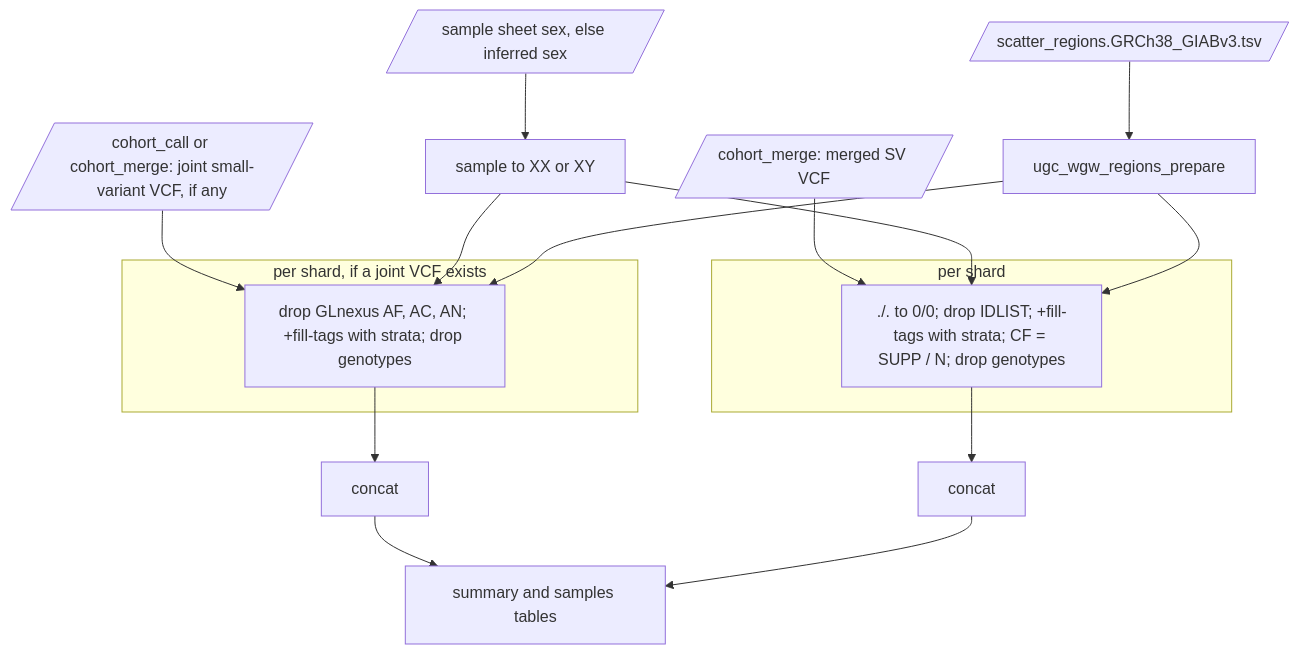
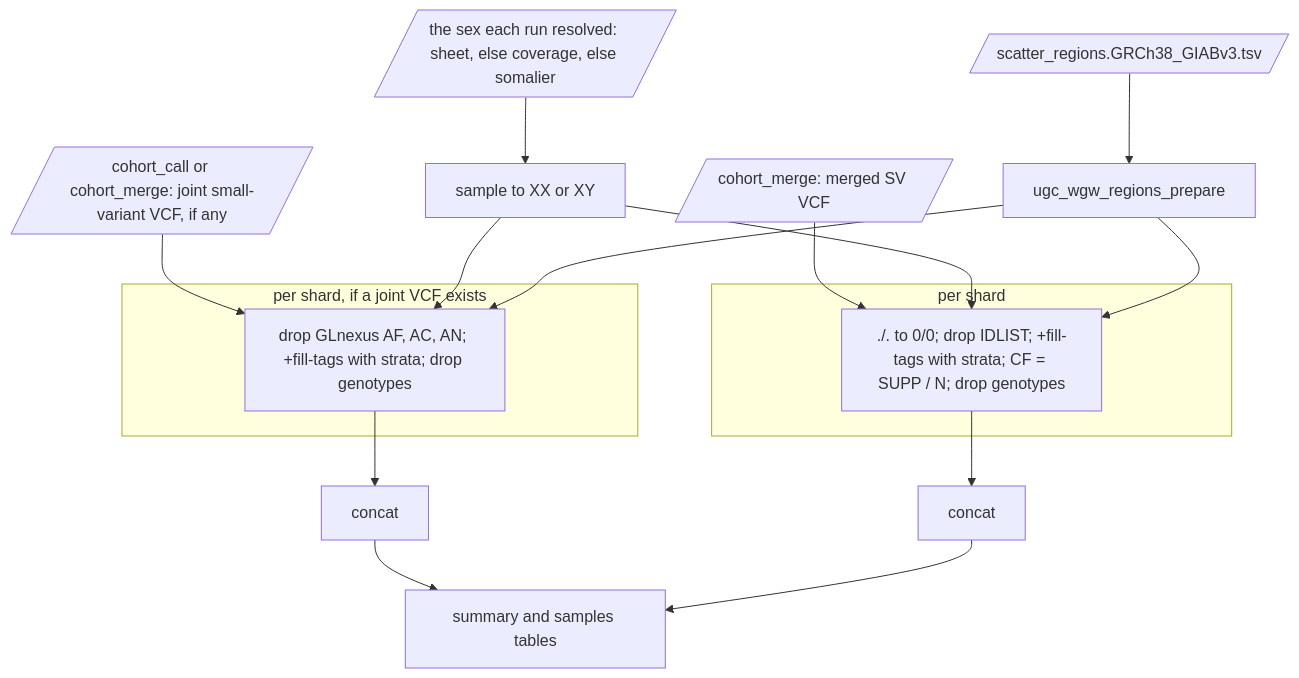
Before and after one commit to UppsalaGenomeCenter/ugc-wgw: the eighth of 11 diagrams in docs/guide/08-stages.md, drawn with Mermaid. The commit also changed other lines of this file and 73 other files, not shown here.

````diff
--- a/docs/guide/08-stages.md
+++ b/docs/guide/08-stages.md
@@ -269,19 +346,19 @@
 ```mermaid
 flowchart TD
   regions[/"scatter_regions.GRCh38_GIABv3.tsv"/] --> prep["ugc_wgw_regions_prepare"]
   sv[/"cohort_merge: merged SV VCF"/] --> f2
   jv[/"cohort_call or cohort_merge: joint small-variant VCF, if any"/] --> f1
-  sheet[/"sample sheet sex, else inferred sex"/] --> groups["sample to XX or XY"]
+  sheet[/"the sex each run resolved: sheet, else coverage, else somalier"/] --> groups["sample to XX or XY"]
   groups --> f1
   groups --> f2
   subgraph sm["per shard, if a joint VCF exists"]
     f1["drop GLnexus AF, AC, AN; +fill-tags with strata; drop genotypes"]
   end
   subgraph svs["per shard"]
     f2["./. to 0/0; drop IDLIST; +fill-tags with strata; CF = SUPP / N; drop genotypes"]
   end
   prep --> f1
   prep --> f2
   f1 --> c1["concat"] --> sum["summary and samples tables"]
   f2 --> c2["concat"] --> sum
 ```
````
